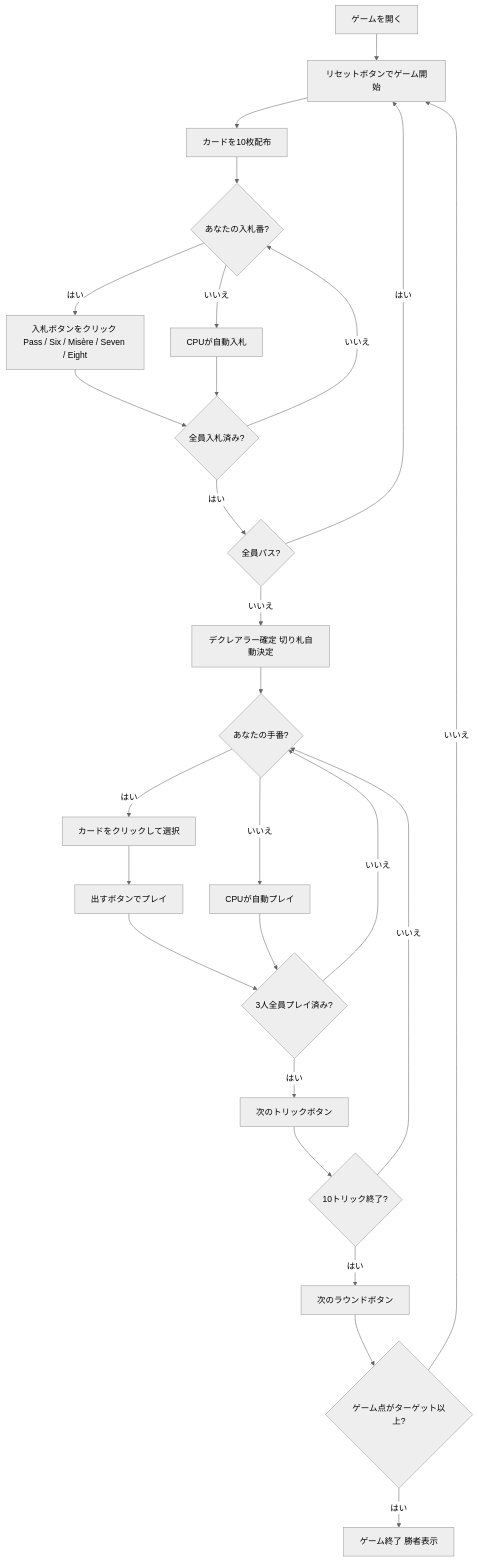
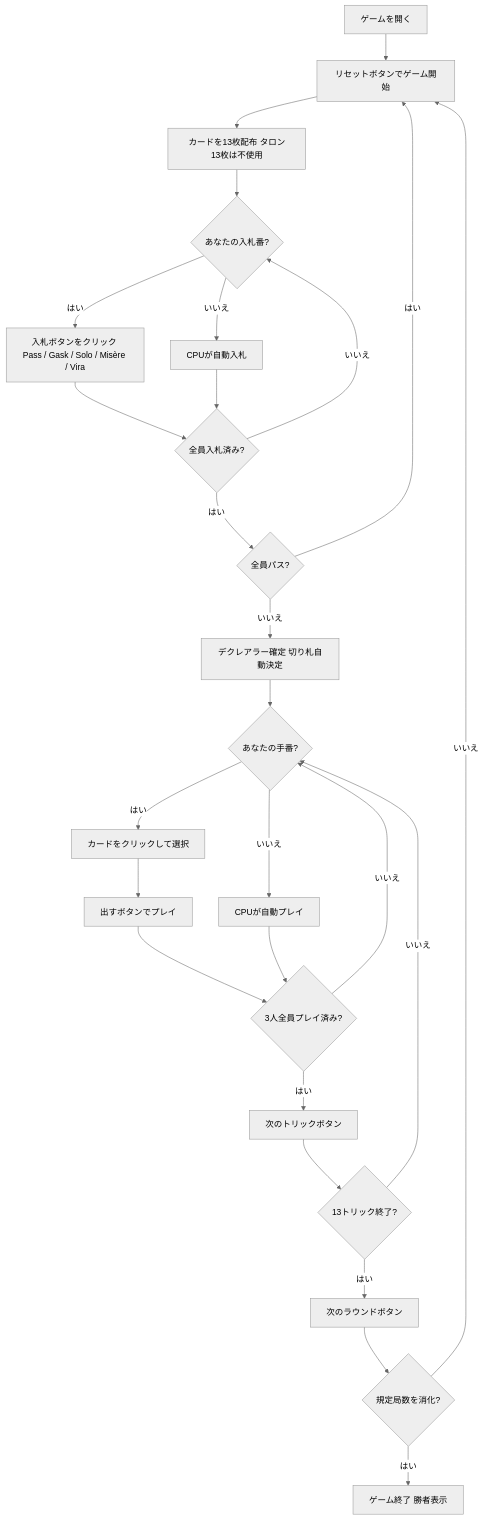
The diagram in docs/manual/web/vira.md (yuta-yoshinaga/go_trumpcards), drawn with Mermaid (neutral theme) before and after one commit. The commit also changed other lines of this file and 6 other files, not shown here.

````diff
--- a/docs/manual/web/vira.md
+++ b/docs/manual/web/vira.md
@@ -69,28 +75,28 @@
 ```mermaid
 flowchart TD
     A[ゲームを開く] --> B[リセットボタンでゲーム開始]
-    B --> C[カードを10枚配布]
+    B --> C[カードを13枚配布 タロン13枚は不使用]
     C --> D{あなたの入札番?}
-    D -- はい --> E[入札ボタンをクリック Pass / Six / Misère / Seven / Eight]
+    D -- はい --> E[入札ボタンをクリック Pass / Gask / Solo / Misère / Vira]
     E --> F{全員入札済み?}
     D -- いいえ --> G[CPUが自動入札]
     G --> F
     F -- いいえ --> D
     F -- はい --> H{全員パス?}
     H -- はい --> B
     H -- いいえ --> I[デクレアラー確定 切り札自動決定]
     I --> J{あなたの手番?}
     J -- はい --> K[カードをクリックして選択]
     K --> L[出すボタンでプレイ]
     L --> M{3人全員プレイ済み?}
     J -- いいえ --> N[CPUが自動プレイ]
     N --> M
     M -- いいえ --> J
     M -- はい --> O[次のトリックボタン]
-    O --> P{10トリック終了?}
+    O --> P{13トリック終了?}
     P -- いいえ --> J
     P -- はい --> Q[次のラウンドボタン]
-    Q --> R{ゲーム点がターゲット以上?}
+    Q --> R{規定局数を消化?}
     R -- いいえ --> B
     R -- はい --> S[ゲーム終了 勝者表示]
 ```
````
